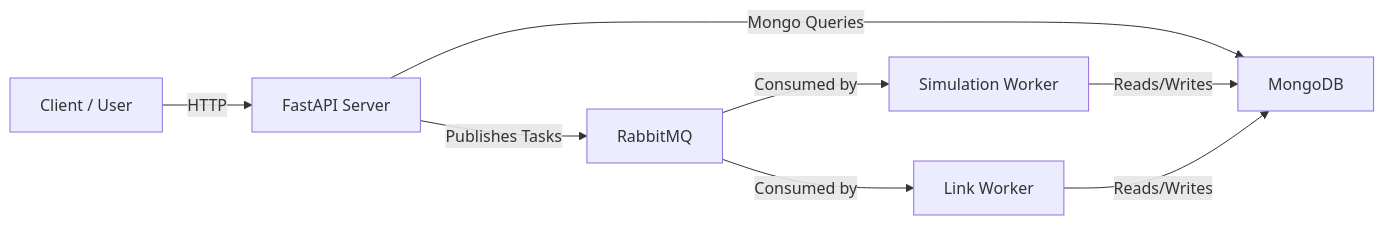
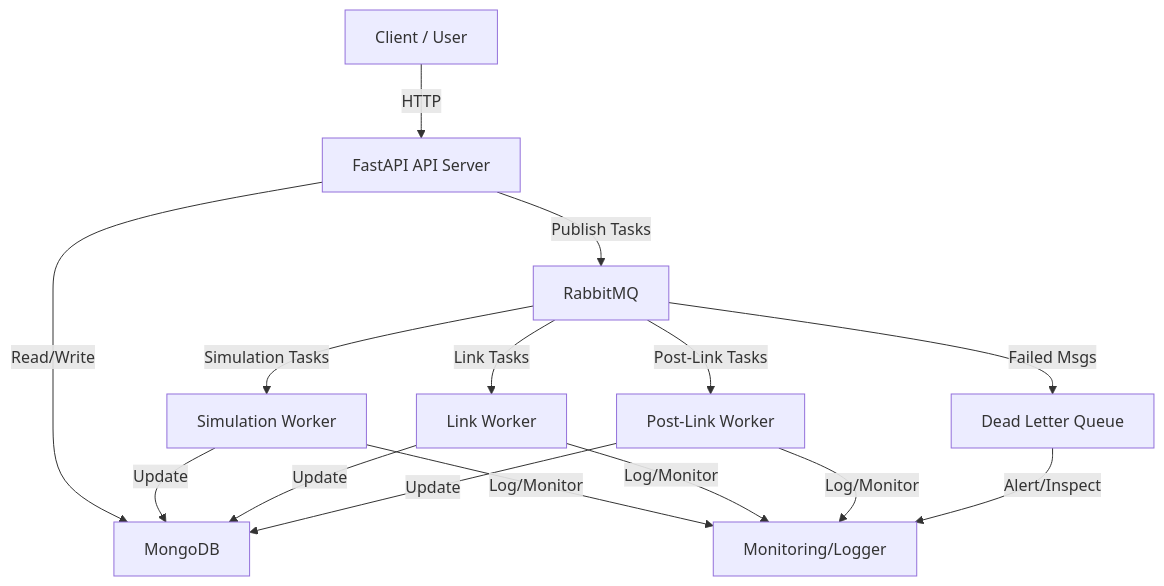
The diagram in README.md (eliitzh17/NetworkSimulationServer), drawn with Mermaid before and after one commit. The commit also changed other lines of this file and 13 other files, not shown here.

````diff
--- a/README.md
+++ b/README.md
@@ -70,17 +60,27 @@
 ```mermaid
-flowchart LR
+flowchart TD
     Client[Client / User]
-    API[FastAPI Server]
+    API[FastAPI API Server]
+    Mongo[MongoDB]
     MQ[RabbitMQ]
-    DB[MongoDB]
-    Worker1[Simulation Worker]
-    Worker2[Link Worker]
+    WorkerSim[Simulation Worker]
+    WorkerLink[Link Worker]
+    WorkerPost[Post-Link Worker]
+    Monitor[Monitoring/Logger]
+    DLQ[Dead Letter Queue]
 
     Client -- HTTP --> API
-    API -- Mongo Queries --> DB
-    API -- Publishes Tasks --> MQ
-    MQ -- Consumed by --> Worker1
-    MQ -- Consumed by --> Worker2
-    Worker1 -- Reads/Writes --> DB
-    Worker2 -- Reads/Writes --> DB
+    API -- "Read/Write" --> Mongo
+    API -- "Publish Tasks" --> MQ
+    MQ -- "Simulation Tasks" --> WorkerSim
+    MQ -- "Link Tasks" --> WorkerLink
+    MQ -- "Post-Link Tasks" --> WorkerPost
+    WorkerSim -- "Update" --> Mongo
+    WorkerLink -- "Update" --> Mongo
+    WorkerPost -- "Update" --> Mongo
+    WorkerSim -- "Log/Monitor" --> Monitor
+    WorkerLink -- "Log/Monitor" --> Monitor
+    WorkerPost -- "Log/Monitor" --> Monitor
+    MQ -- "Failed Msgs" --> DLQ
+    DLQ -- "Alert/Inspect" --> Monitor
 ```
````
